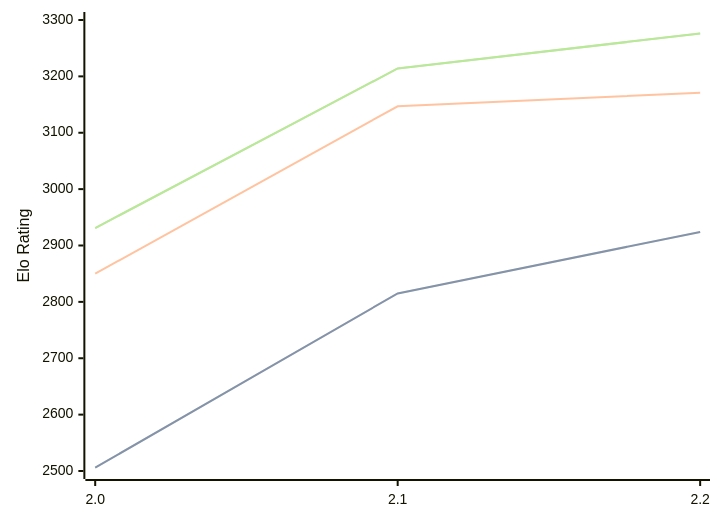
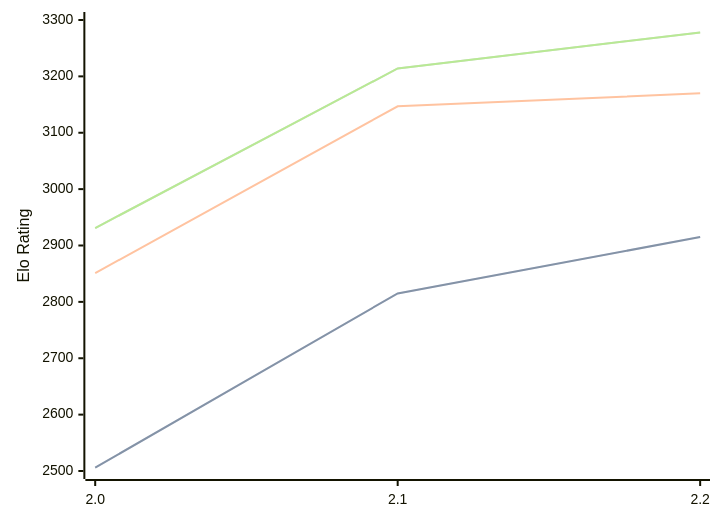
Before and after one commit to computer-chess-index/cci: the diagram in engines/Tunguska.md, drawn with Mermaid. The commit also changed other lines of this file, not shown here.

Commit message:
Update CCI Ratings (ELO VLTC) - 2026-09-14

````diff
--- a/engines/Tunguska.md
+++ b/engines/Tunguska.md
@@ -33,11 +33,11 @@
 ```mermaid
 %%{init: {"theme":"base","themeVariables":{"seriesColors:['#a3a3a3','#222221','#faa371']}}}%%
 xychart-beta
   x-axis ["2.0", "2.1", "2.2"]
   y-axis "Elo Rating" 2500 --> 3300
-  line "" [2506, 2815, 2924]
-  line "STC (8.0+0.08s)" [2506, 2815, 2924]
-  line "LTC (60.0+0.60s)" [2850, 3147, 3171]
-  line "" [2931, 3214, 3276]
-  line "VLTC (2m24s+1.12s)" [2931, 3214, 3276]
+  line "" [2506, 2815, 2915]
+  line "STC (8.0+0.08s)" [2506, 2815, 2915]
+  line "LTC (60.0+0.60s)" [2851, 3147, 3170]
+  line "" [2931, 3214, 3278]
+  line "VLTC (2m24s+1.12s)" [2931, 3214, 3278]
 ```
````
